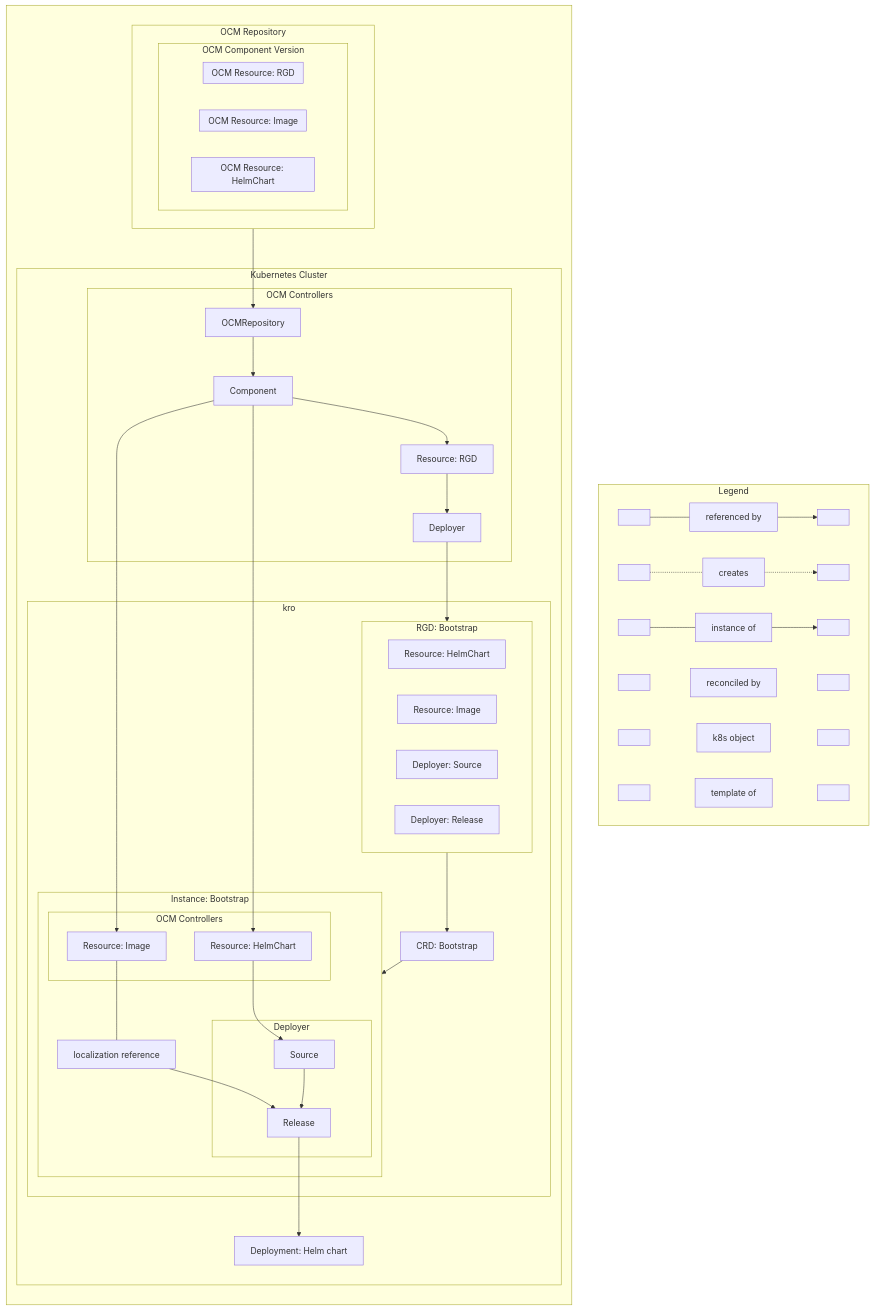
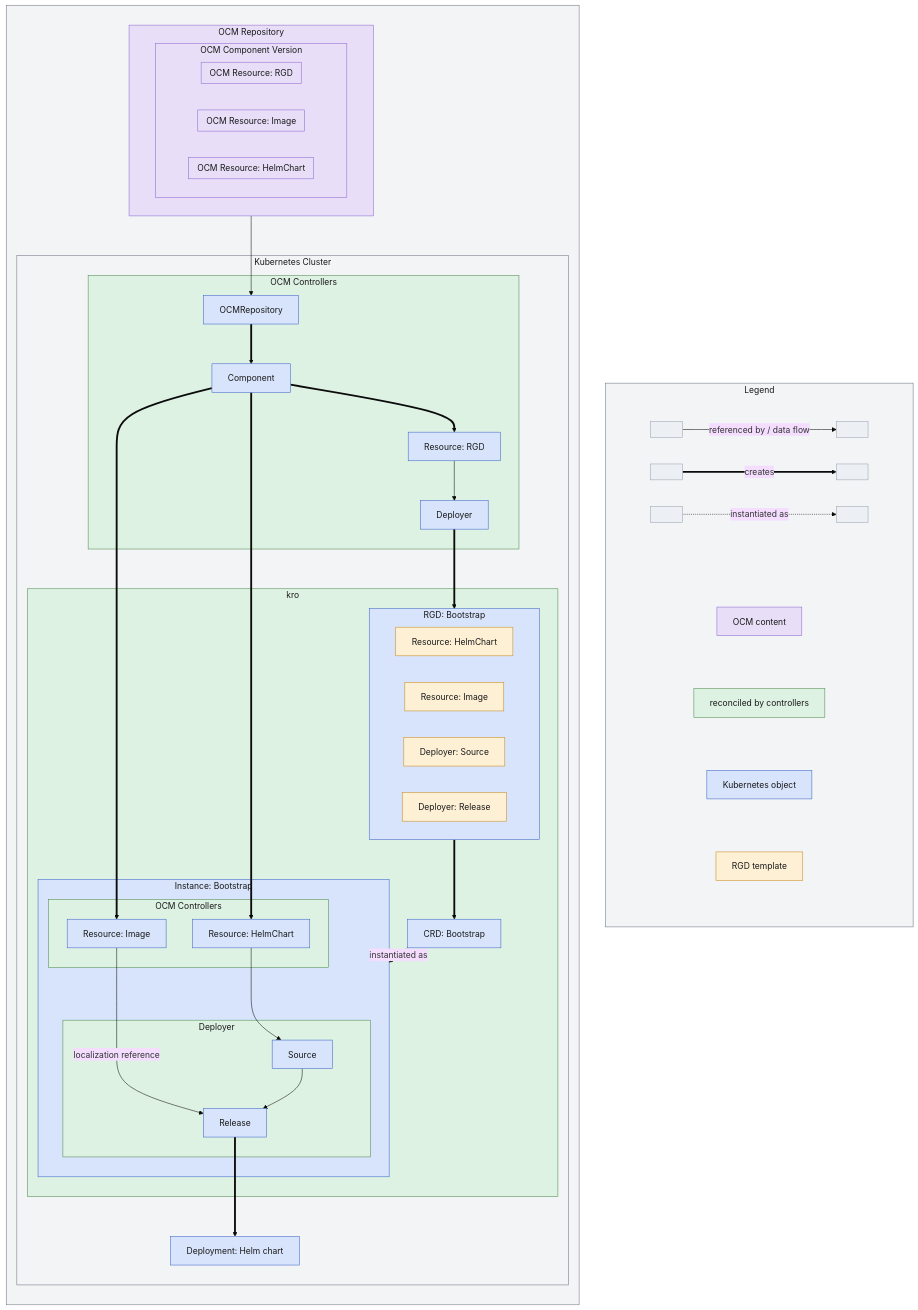
Before and after one commit to open-component-model/open-component-model: the diagram in website/content/docs/tutorials/deploy-helm-chart-bootstrap.md, drawn with Mermaid. The commit also changed other lines of this file, not shown here.

Commit message:
docs(website): rework Helm bootstrap tutorial framing and diagram
Rename the tutorial and reframe the intro around the user scenario
(ship a Helm chart as one versioned, self-localizing OCM component).
Restyle the architecture diagram with a color palette and a legend whose
connection types match the body, pin the base theme so it renders as a
consistent light card in dark mode, and replace two em-dash clause
connectors with full stops.

````diff
--- a/website/content/docs/tutorials/deploy-helm-chart-bootstrap.md
+++ b/website/content/docs/tutorials/deploy-helm-chart-bootstrap.md
@@ -75,12 +80,19 @@
 ```mermaid
+%%{init: {"theme":"base", "flowchart": {"wrappingWidth": 300}}}%%
 flowchart TB
     subgraph legend[Legend]
-        start1[ ] ---references[referenced by] --> end1[ ]
-        start2[ ] -.-creates -.-> end2[ ]
-        start3[ ] ---instanceOf[instance of] --> end3[ ]
-        start4[ ] ~~~reconciledBy[reconciled by] ~~~ end4[ ]
-        start5[ ] ~~~k8sObject[k8s object] ~~~ end5[ ]
-        start6[ ] ~~~templateOf[template of] ~~~ end6[ ]
+        direction TB
+        subgraph conns[ ]
+            direction LR
+            l1a[ ] -- referenced by / data flow --> l1b[ ]
+            l2a[ ] == creates ==> l2b[ ]
+            l3a[ ] eLegDot@-. instantiated as .-> l3b[ ]
+        end
+        subgraph boxes[ ]
+            direction TB
+            pillOcm[OCM content] ~~~ pillRec[reconciled by controllers] ~~~ pillK8s[Kubernetes object] ~~~ pillTpl[RGD template]
+        end
+        conns ~~~ boxes
     end
 
     subgraph background[ ]
@@ -121,24 +133,45 @@
                         source[Source]
                         helmRelease[Release]
                     end
-                    k8sResourceImage ---info[localization reference] --> helmRelease
+                    k8sResourceImage -- localization reference --> helmRelease
                 end
             end
-            helmRelease --> deployment[Deployment: Helm chart]
+            helmRelease ==> deployment[Deployment: Helm chart]
         end
 
-        ocmRepo --> k8sRepo --> k8sComponent --> k8sResourceRGD --> k8sDeployer --> rgd --> crdBootstrap --> instanceBootstrap
-        k8sComponent --> k8sResourceHelm & k8sResourceImage
-        k8sResourceHelm --> source --> helmRelease
+        ocmRepo --> k8sRepo
+        k8sRepo ==> k8sComponent
+        k8sComponent ==> k8sResourceRGD
+        k8sComponent ==> k8sResourceHelm
+        k8sComponent ==> k8sResourceImage
+        k8sResourceRGD --> k8sDeployer
+        k8sDeployer ==> rgd
+        rgd ==> crdBootstrap
+        crdBootstrap eInstOf@-. instantiated as .-> instanceBootstrap
+        k8sResourceHelm --> source
+        source --> helmRelease
     end
 
-    class start1,end1,start2,end2,start3,end3,start4,end4,start5,end5,start6,end6 legendStartEnd;
-    class references,creates,instanceOf legendItems;
-    class templateOf,rgdResourceHelm,rgdResourceImage,rgdSource,rgdHelmRelease templateOf;
-    class info information;
-    class reconciledBy,ocmK8sToolkit,bootstrap,deployer,kro reconciledBy;
-    class k8sObject,rgd,k8sRepo,k8sComponent,k8sResourceRGD,k8sDeployer,k8sResourceHelm,k8sResourceImage,source,helmRelease,deployment,crdBootstrap,instanceBootstrap k8sObject;
-    class ocmRepo,ocmCV,ocmResourceHelm,ocmResourceRGD,ocmResourceImage ocm;
+    eLegDot@{stroke-width: 2px}
+    eInstOf@{stroke-width: 2px}
+
+    classDef ocm fill:#e8def8,stroke:#8e68d0,color:#1a1a1a
+    classDef reconciledBy fill:#def2e4,stroke:#4d8a4d,color:#1a1a1a
+    classDef k8sObject fill:#d7e4fb,stroke:#3c63c8,color:#1a1a1a
+    classDef templateOf fill:#fdf0d5,stroke:#c8891c,color:#1a1a1a
+    classDef cluster fill:#f3f4f6,stroke:#6b7280,color:#1a1a1a
+    classDef anchor fill:#eceff3,stroke:#9aa4b2,color:#1a1a1a
+    classDef ghost fill:transparent,stroke:transparent,color:transparent
+
+    class l1a,l1b,l2a,l2b,l3a,l3b anchor;
+    class ocmRepo,ocmCV,ocmResourceHelm,ocmResourceImage,ocmResourceRGD ocm;
     class k8sCluster cluster;
-    class legend legendStyle;
+    class bootstrap,kro,ocmControllers,deployer reconciledBy;
+    class k8sRepo,k8sComponent,k8sResourceRGD,k8sDeployer,rgd,crdBootstrap,instanceBootstrap,k8sResourceHelm,k8sResourceImage,source,helmRelease,deployment k8sObject;
+    class rgdResourceHelm,rgdResourceImage,rgdSource,rgdHelmRelease templateOf;
+    class pillOcm ocm;
+    class pillRec reconciledBy;
+    class pillK8s k8sObject;
+    class pillTpl templateOf;
+    class conns,boxes ghost;
 ```
````
